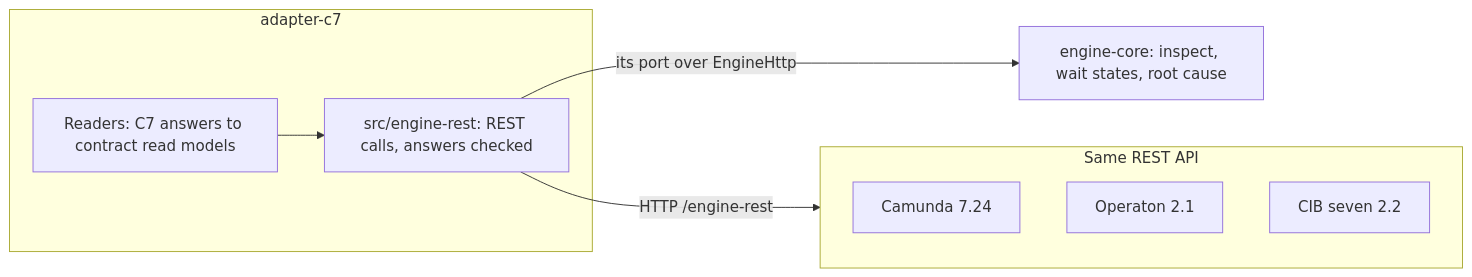
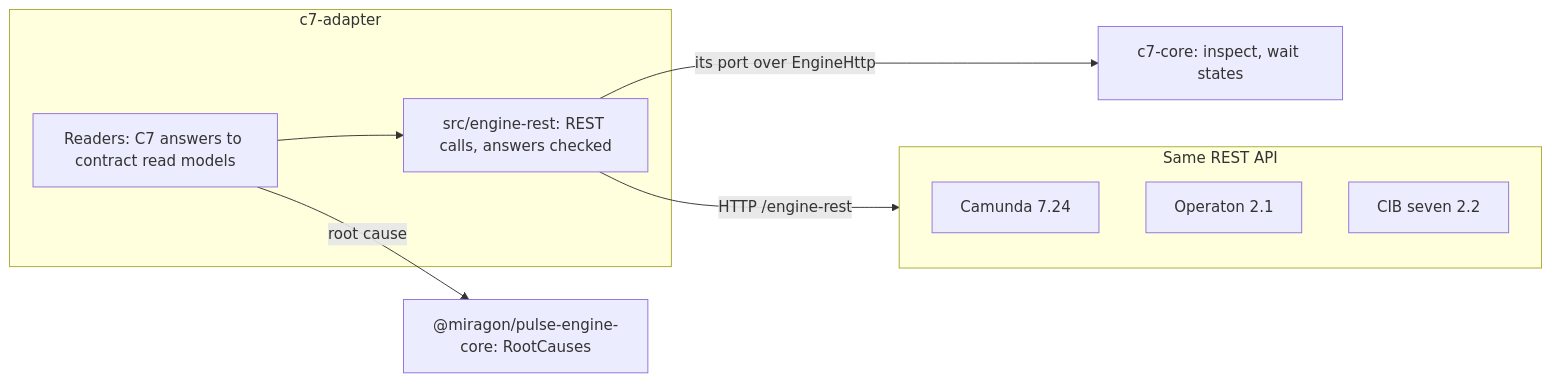
One commit to Miragon/pulse changed the fourth of 7 diagrams in apps/vscode/docs/architecture-overview.md. Above: the diagram before and after it, drawn with Mermaid. The commit also changed other lines of this file and 2074 other files, not shown here.

````diff
--- a/apps/vscode/docs/architecture-overview.md
+++ b/apps/vscode/docs/architecture-overview.md
@@ -149,16 +176,18 @@
 ```mermaid
 flowchart LR
-  subgraph adapter [adapter-c7]
+  subgraph adapter [c7-adapter]
     readers[Readers: C7 answers to contract read models]
     rest[src/engine-rest: REST calls, answers checked]
   end
-  core["engine-core: inspect, wait states, root cause"]
+  core["c7-core: inspect, wait states"]
+  rules["@miragon/pulse-engine-core: RootCauses"]
   subgraph family [Same REST API]
     camunda7[Camunda 7.24]
     operaton[Operaton 2.1]
     cibseven[CIB seven 2.2]
   end
   readers --> rest
+  readers -- root cause --> rules
   rest -- its port over EngineHttp --> core
   rest -- HTTP /engine-rest --> family
 ```
````
